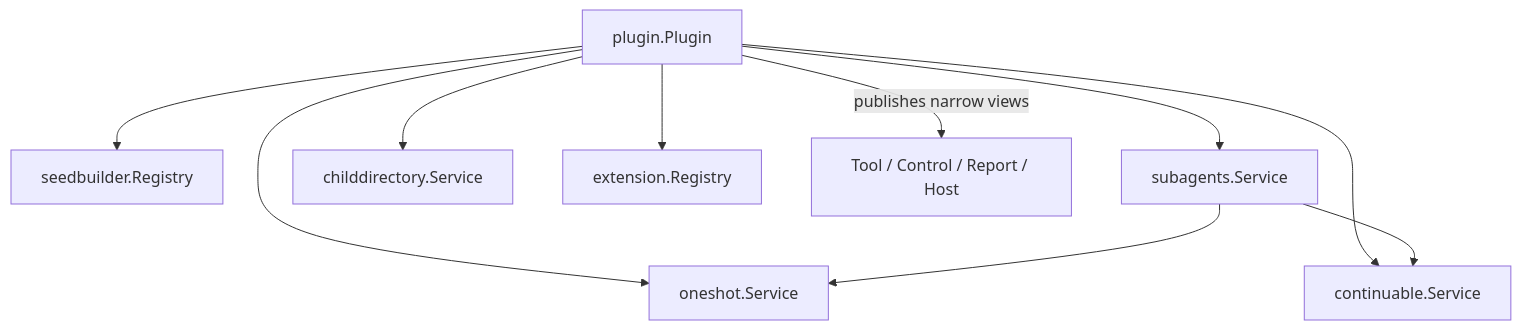
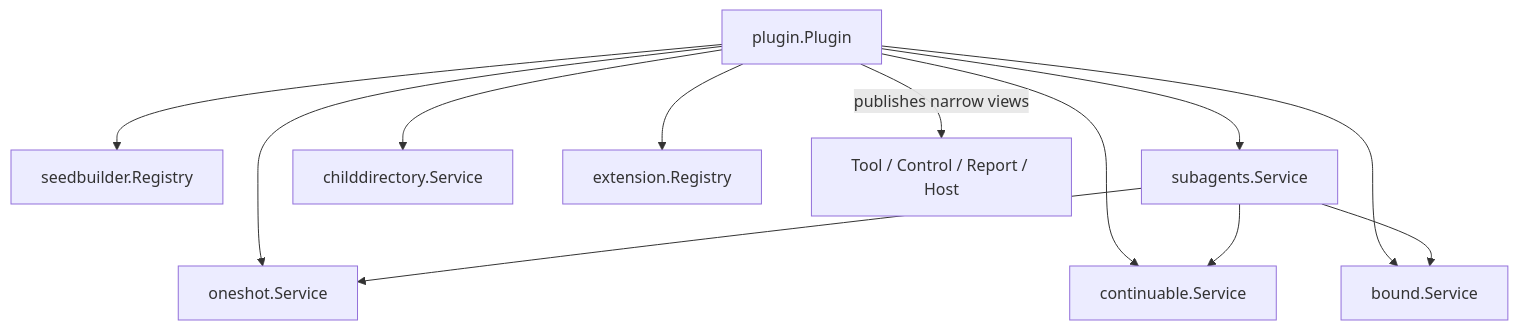
The diagram in subagent/plugin/README.zh-CN.md (gorenx/goren), drawn with Mermaid before and after one commit. The commit also changed other lines of this file and 14 other files, not shown here.

````diff
--- a/subagent/plugin/README.zh-CN.md
+++ b/subagent/plugin/README.zh-CN.md
@@ -5,12 +5,14 @@
 ```mermaid
 flowchart TD
     Plugin[plugin.Plugin] --> Builders[seedbuilder.Registry]
     Plugin --> Facade[subagents.Service]
     Plugin --> OneShot[oneshot.Service]
     Plugin --> Continuable[continuable.Service]
+    Plugin --> Bound[bound.Service]
     Plugin --> Directory[childdirectory.Service]
     Plugin --> Extensions[extension.Registry]
     Facade --> OneShot
     Facade --> Continuable
+    Facade --> Bound
     Plugin -->|publishes narrow views| Consumers[Tool / Control / Report / Host]
 ```
````
